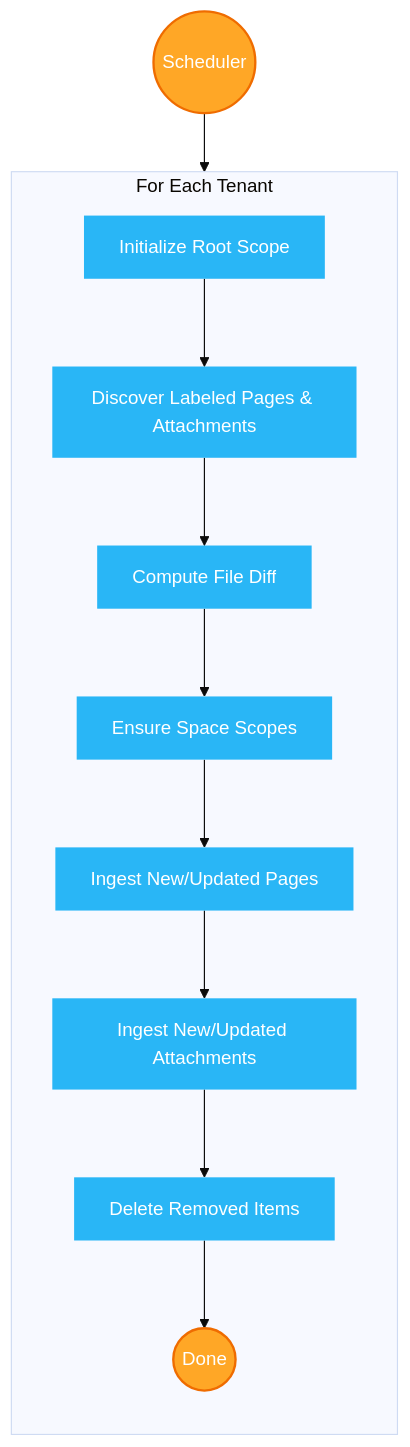
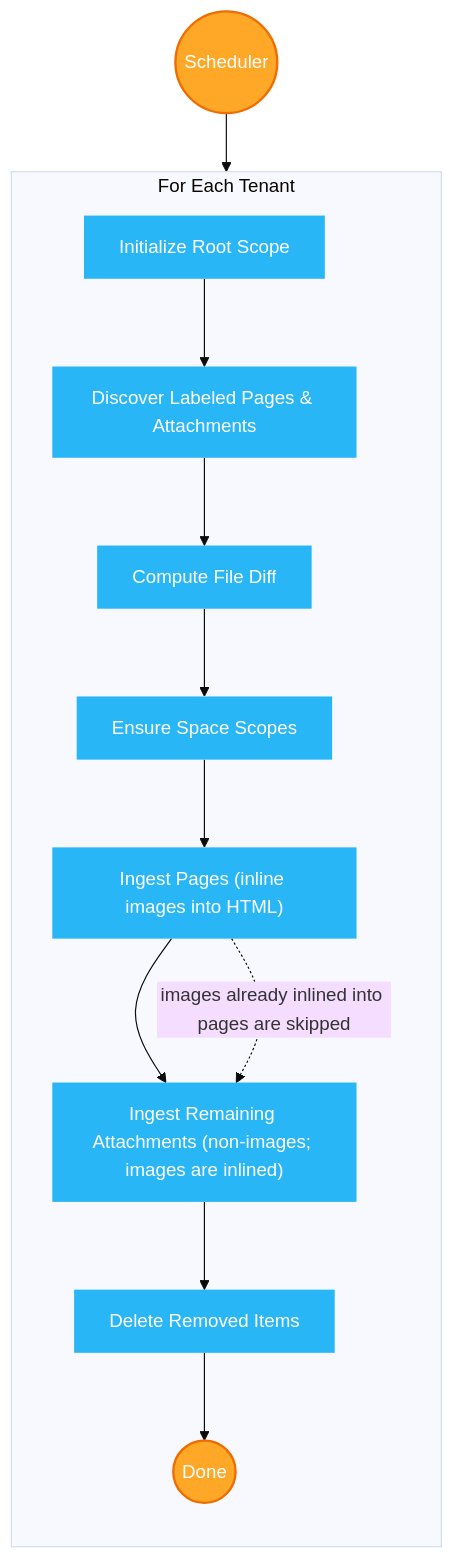
One commit to Unique-AG/connectors changed the first of 2 diagrams in services/confluence-connector/docs/README.md. Above: the diagram before and after it, drawn with Mermaid (base theme). The commit also changed other lines of this file and 37 other files, not shown here.

First line of the commit message:
feat(confluence-connector,deps,main): inline page image attachments as base64 data URIs (#563)

````diff
--- a/services/confluence-connector/docs/README.md
+++ b/services/confluence-connector/docs/README.md
@@ -123,33 +127,34 @@
 ```mermaid
 flowchart TB
   Start(("Scheduler"))
 
   subgraph TenantSync["For Each Tenant"]
     direction TB
 
     InitScope["Initialize Root Scope"]
     Discover["Discover Labeled Pages & Attachments"]
     Diff["Compute File Diff"]
     EnsureScopes["Ensure Space Scopes"]
-    IngestPages["Ingest New/Updated Pages"]
-    IngestAttachments["Ingest New/Updated Attachments"]
+    IngestPages["Ingest Pages (inline images into HTML)"]
+    IngestAttachments["Ingest Remaining Attachments (non-images; images are inlined)"]
     Delete["Delete Removed Items"]
     Done(("Done"))
   end
 
   Start --> TenantSync
   InitScope --> Discover
   Discover --> Diff
   Diff --> EnsureScopes
   EnsureScopes --> IngestPages
   IngestPages --> IngestAttachments
+  IngestPages -. images already inlined into pages are skipped .-> IngestAttachments
   IngestAttachments --> Delete
   Delete --> Done
 
 classDef start fill:#FFA726,stroke:#EF6C00,stroke-width:2px,color:white
 classDef process fill:#29B6F6,stroke:#0277BD,stroke-width:0px,color:white
 classDef container fill:#F5F5F5,stroke:#BDBDBD,stroke-width:1px,stroke-dasharray: 5 5,color:#616161
 
 class Start,Done start
 class InitScope,Discover,Diff,EnsureScopes,IngestPages,IngestAttachments,Delete process
 ```
````
